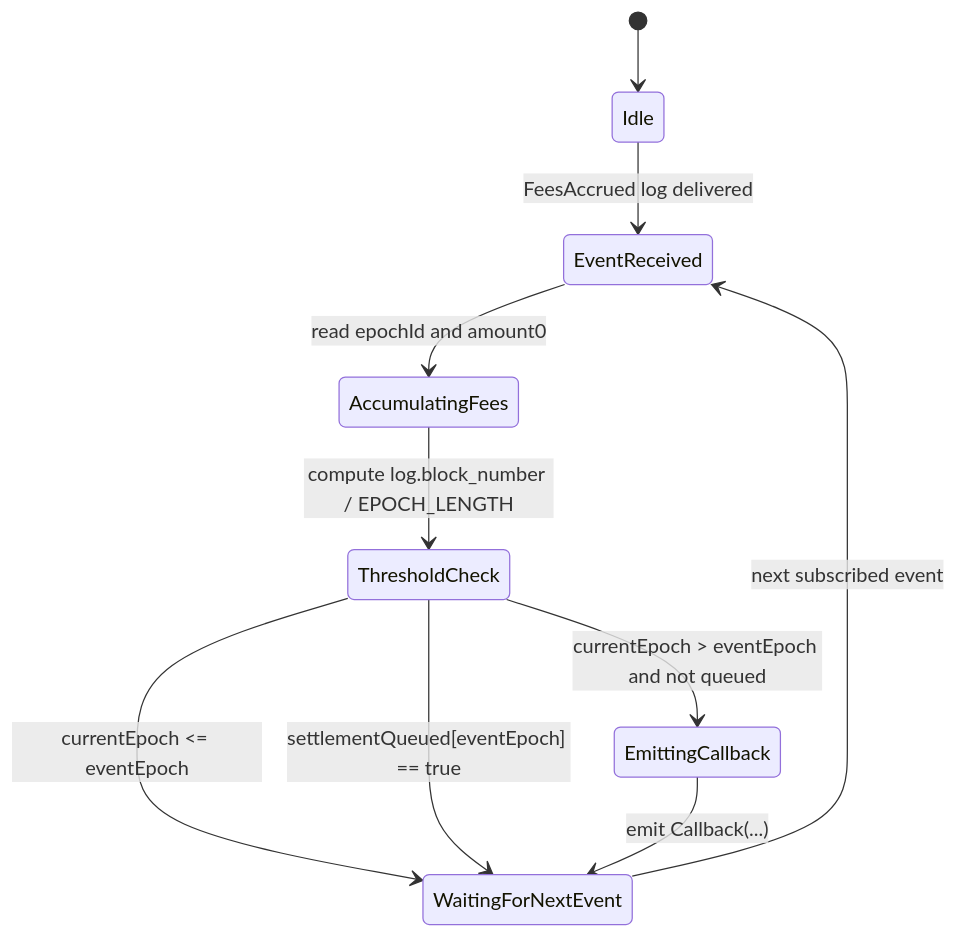
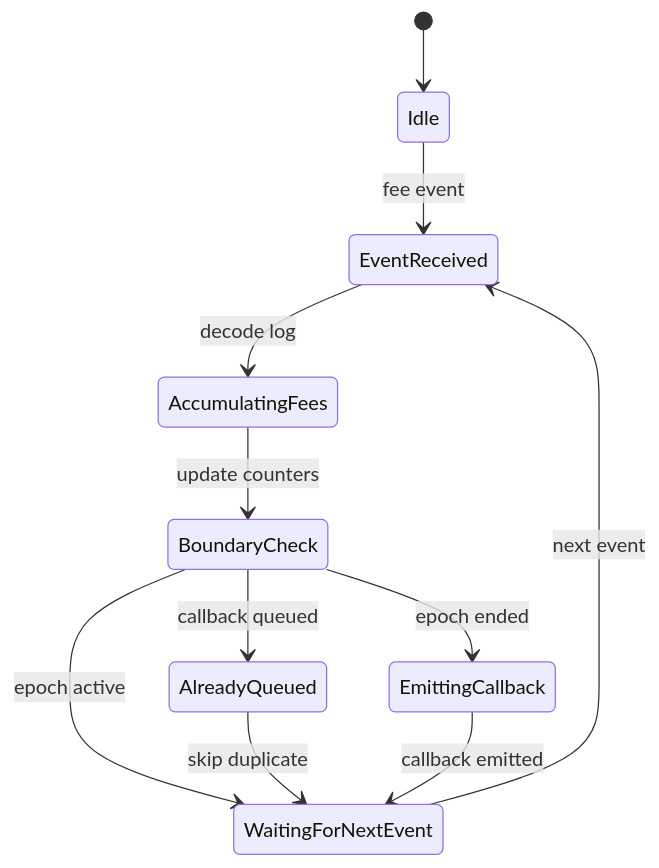
The third of 3 diagrams in README.md (Najnomics/yieldstream-hook), drawn with Mermaid before and after one commit.

Commit message:
Fix README Mermaid state diagram

````diff
--- a/README.md
+++ b/README.md
@@ -139,12 +139,13 @@
 ```mermaid
 stateDiagram-v2
     [*] --> Idle
-    Idle --> EventReceived: FeesAccrued log delivered
-    EventReceived --> AccumulatingFees: read epochId and amount0
-    AccumulatingFees --> ThresholdCheck: compute log.block_number / EPOCH_LENGTH
-    ThresholdCheck --> WaitingForNextEvent: currentEpoch <= eventEpoch
-    ThresholdCheck --> WaitingForNextEvent: settlementQueued[eventEpoch] == true
-    ThresholdCheck --> EmittingCallback: currentEpoch > eventEpoch and not queued
-    EmittingCallback --> WaitingForNextEvent: emit Callback(...)
-    WaitingForNextEvent --> EventReceived: next subscribed event
+    Idle --> EventReceived: fee event
+    EventReceived --> AccumulatingFees: decode log
+    AccumulatingFees --> BoundaryCheck: update counters
+    BoundaryCheck --> WaitingForNextEvent: epoch active
+    BoundaryCheck --> AlreadyQueued: callback queued
+    BoundaryCheck --> EmittingCallback: epoch ended
+    AlreadyQueued --> WaitingForNextEvent: skip duplicate
+    EmittingCallback --> WaitingForNextEvent: callback emitted
+    WaitingForNextEvent --> EventReceived: next event
 ```
````
